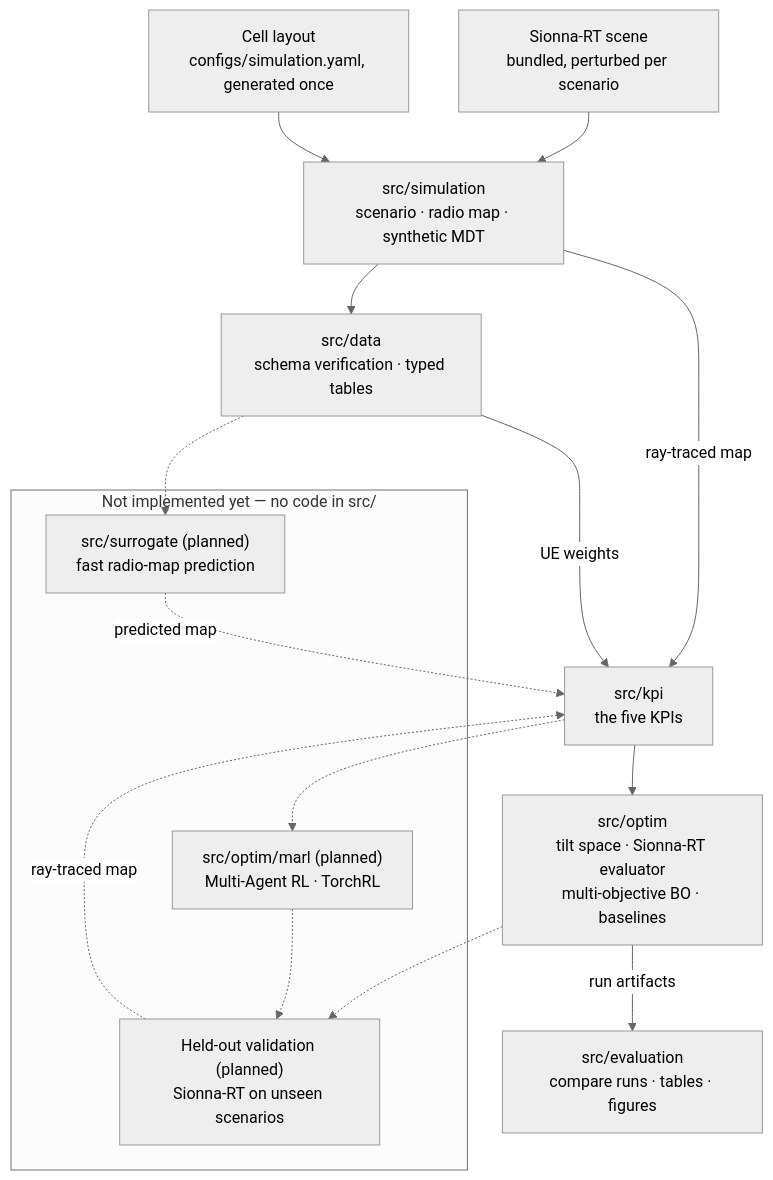
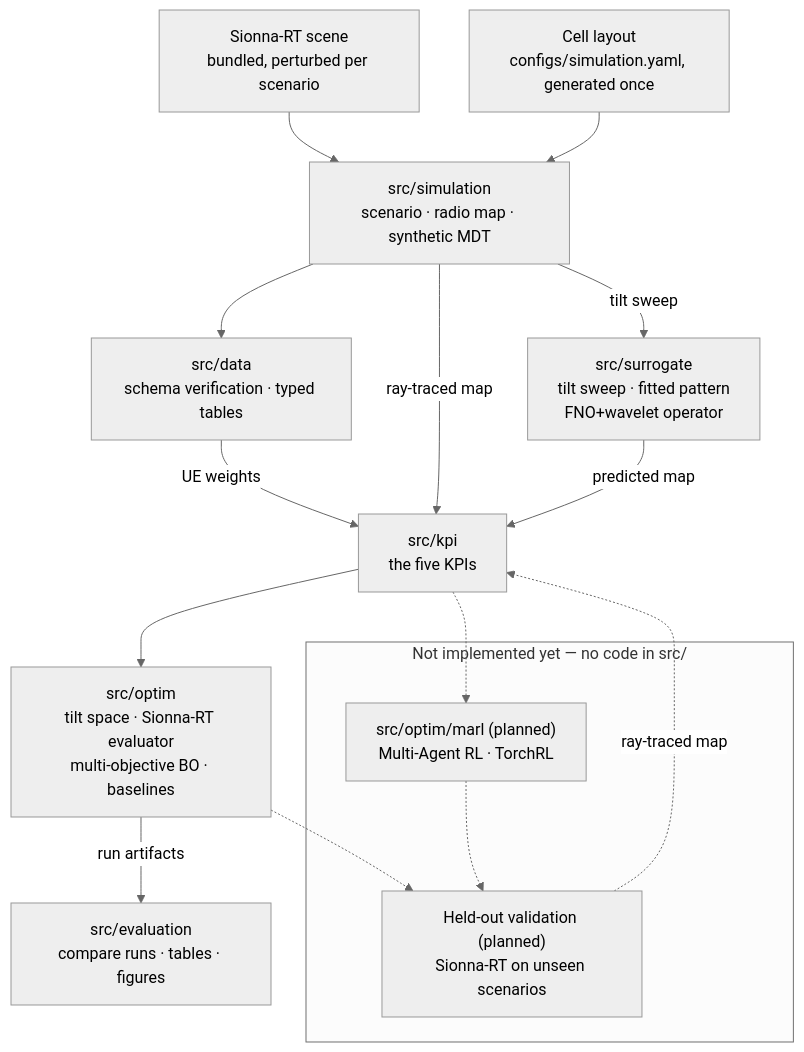
One commit to NguyenVu04/band-tilt changed the diagram in README.md. Above: the diagram before and after it, drawn with Mermaid (neutral theme). The commit also changed other lines of this file and 18 other files, not shown here.

````diff
--- a/README.md
+++ b/README.md
@@ -147,31 +152,31 @@
 ```mermaid
 flowchart TB
     scene["Sionna-RT scene<br/>bundled, perturbed per scenario"]
     cells["Cell layout<br/>configs/simulation.yaml, generated once"]
 
     sim["src/simulation<br/>scenario · radio map · synthetic MDT"]
     prep["src/data<br/>schema verification · typed tables"]
     kpi["src/kpi<br/>the five KPIs"]
     opt["src/optim<br/>tilt space · Sionna-RT evaluator<br/>multi-objective BO · baselines"]
     rep["src/evaluation<br/>compare runs · tables · figures"]
+    sur["src/surrogate<br/>tilt sweep · fitted pattern<br/>FNO+wavelet operator"]
 
     subgraph future["Not implemented yet — no code in src/"]
-        sur["src/surrogate (planned)<br/>fast radio-map prediction"]
         marl["src/optim/marl (planned)<br/>Multi-Agent RL · TorchRL"]
         val["Held-out validation (planned)<br/>Sionna-RT on unseen scenarios"]
     end
 
     scene --> sim
     cells --> sim
     sim --> prep
     sim -->|ray-traced map| kpi
     prep -->|UE weights| kpi
     kpi --> opt
     opt -->|run artifacts| rep
-    prep -.-> sur
-    sur -.->|predicted map| kpi
+    sim -->|tilt sweep| sur
+    sur -->|predicted map| kpi
     kpi -.-> marl
     opt -.-> val
     marl -.-> val
     val -.->|ray-traced map| kpi
 ```
````
